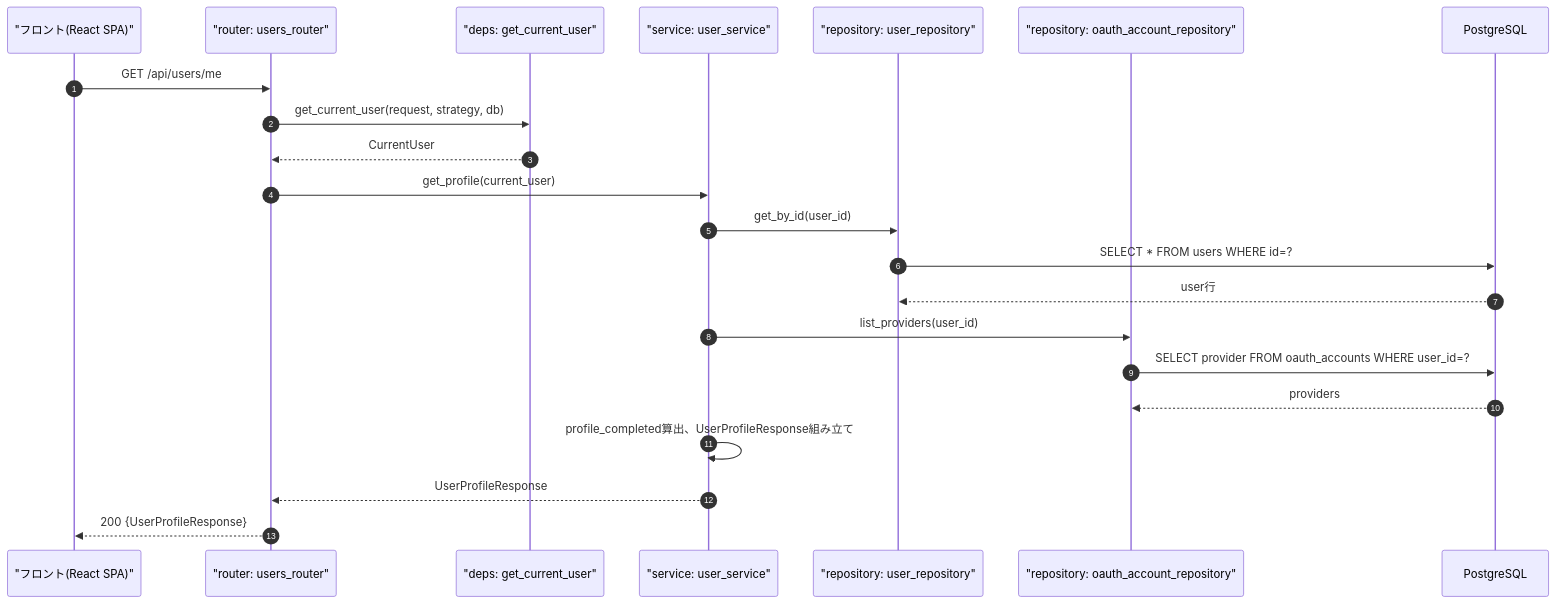
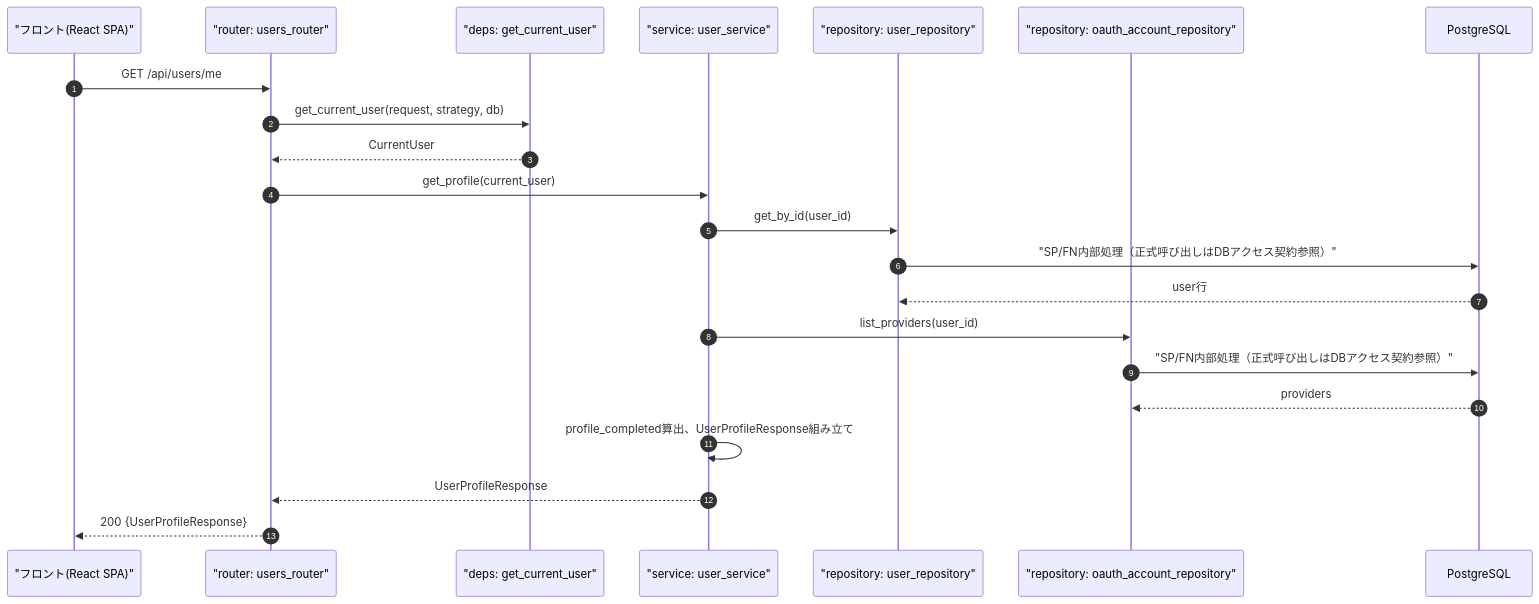
One commit to oikawa-d/task_management changed the first of 4 diagrams in detailed_design/api/users/01_get_users_me.md. Above: the diagram before and after it, drawn with Mermaid. The commit also changed other lines of this file and 58 other files, not shown here.

````diff
--- a/detailed_design/api/users/01_get_users_me.md
+++ b/detailed_design/api/users/01_get_users_me.md
@@ -101,25 +101,25 @@
 ```mermaid
 sequenceDiagram
     autonumber
     participant FE as "フロント(React SPA)"
     participant R as "router: users_router"
     participant DEP as "deps: get_current_user"
     participant S as "service: user_service"
     participant URP as "repository: user_repository"
     participant OARP as "repository: oauth_account_repository"
     participant PG as PostgreSQL
 
     FE->>R: GET /api/users/me
     R->>DEP: get_current_user(request, strategy, db)
     DEP-->>R: CurrentUser
     R->>S: get_profile(current_user)
     S->>URP: get_by_id(user_id)
-    URP->>PG: SELECT * FROM users WHERE id=?
+    URP->>PG: "SP/FN内部処理（正式呼び出しはDBアクセス契約参照）"
     PG-->>URP: user行
     S->>OARP: list_providers(user_id)
-    OARP->>PG: SELECT provider FROM oauth_accounts WHERE user_id=?
+    OARP->>PG: "SP/FN内部処理（正式呼び出しはDBアクセス契約参照）"
     PG-->>OARP: providers
     S->>S: profile_completed算出、UserProfileResponse組み立て
     S-->>R: UserProfileResponse
     R-->>FE: 200 {UserProfileResponse}
 ```
````
